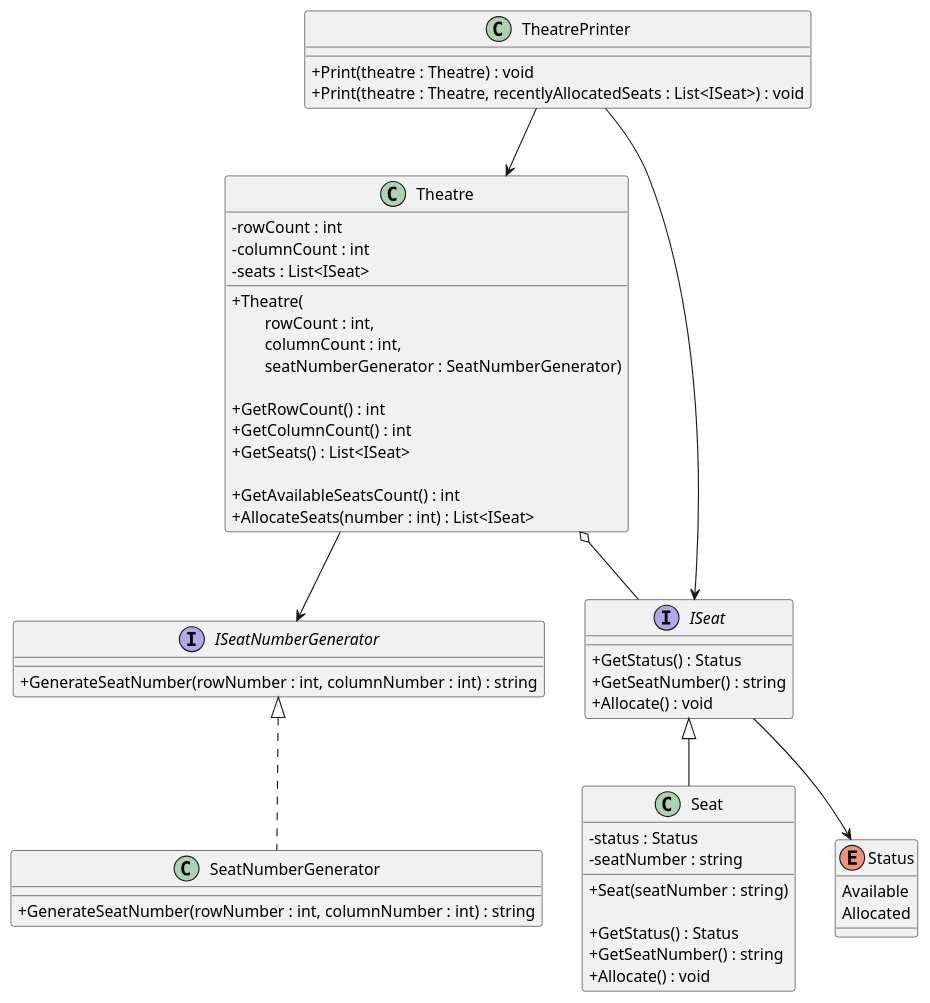
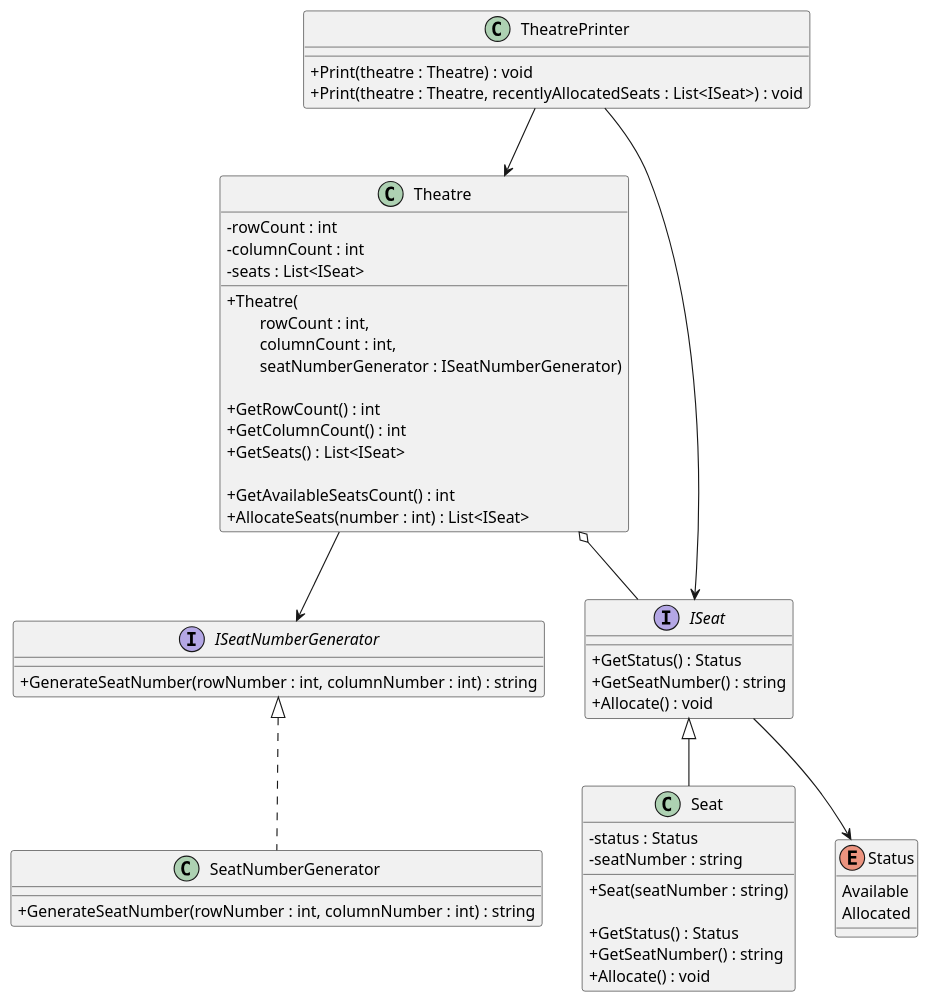
The diagram in diagrams/cinnamonCinemas.puml (iamfranco/CinnamonCinemasChallenge), drawn with PlantUML before and after one commit. The commit also changed 1 other file, not shown here.

Commit message:
UML: modify constructor to use ISeatNumberGenerator input

```diff
--- a/diagrams/cinnamonCinemas.puml
+++ b/diagrams/cinnamonCinemas.puml
@@ -1,69 +1,69 @@
 @startuml "cinnamon cinemas"
 skinparam ClassAttributeIconSize 0
 
 class TheatrePrinter {
     + Print(theatre : Theatre) : void
     + Print(theatre : Theatre, recentlyAllocatedSeats : List<ISeat>) : void
 }
 
 interface ISeatNumberGenerator {
     + GenerateSeatNumber(rowNumber : int, columnNumber : int) : string
 }
 
 class SeatNumberGenerator {
     + GenerateSeatNumber(rowNumber : int, columnNumber : int) : string
 }
 
 class Theatre {
     - rowCount : int
     - columnCount : int
     - seats : List<ISeat>
 
     + Theatre(\n\
         rowCount : int, \n\
         columnCount : int, \n\
-        seatNumberGenerator : SeatNumberGenerator)
+        seatNumberGenerator : ISeatNumberGenerator)
 
     + GetRowCount() : int
     + GetColumnCount() : int
     + GetSeats() : List<ISeat>
 
     + GetAvailableSeatsCount() : int
     + AllocateSeats(number : int) : List<ISeat>
 }
 
 interface ISeat {
     + GetStatus() : Status
     + GetSeatNumber() : string
     + Allocate() : void
 }
 
 class Seat {
     - status : Status
     - seatNumber : string
 
     + Seat(seatNumber : string)
 
     + GetStatus() : Status
     + GetSeatNumber() : string
     + Allocate() : void
 }
 
 Enum Status {
     Available
     Allocated
 }
 
 TheatrePrinter --> Theatre
 TheatrePrinter ---> ISeat
 
 Theatre o-- ISeat
 Theatre --> ISeatNumberGenerator
 
 ISeatNumberGenerator <|.. SeatNumberGenerator
 
 ISeat --> Status
 
 ISeat <|-- Seat
 
 @enduml
```
